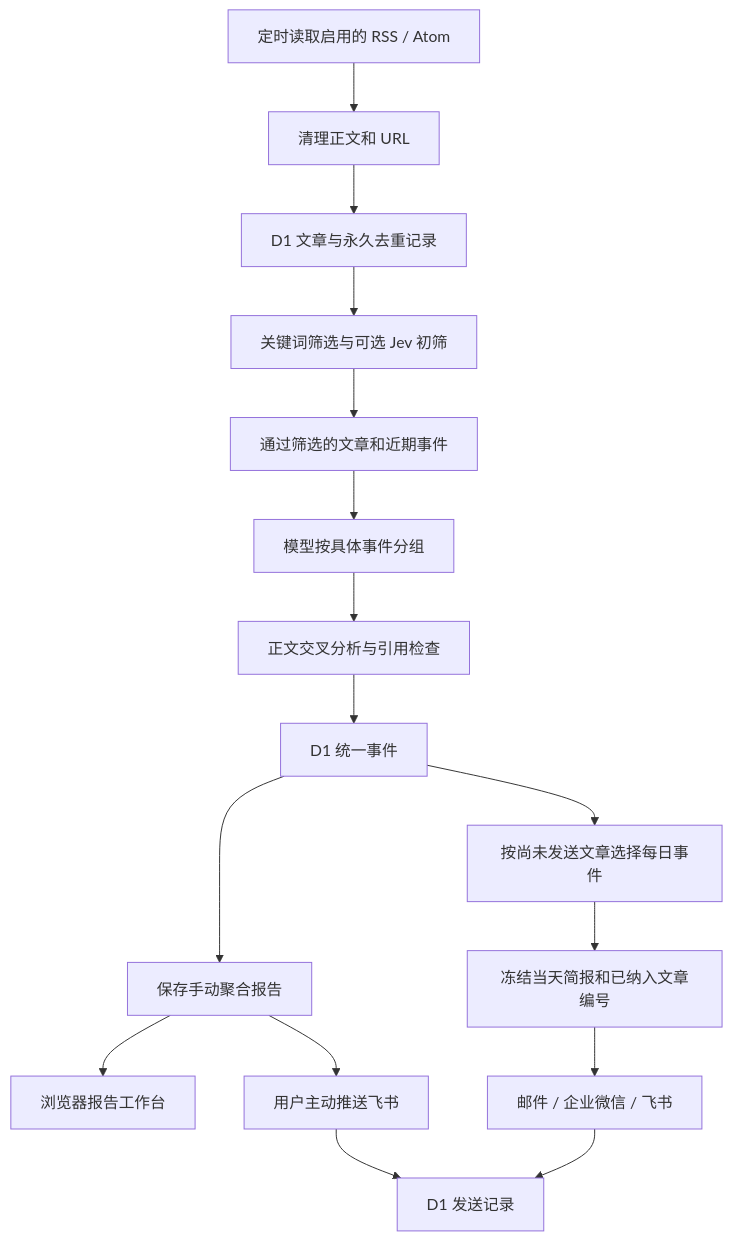
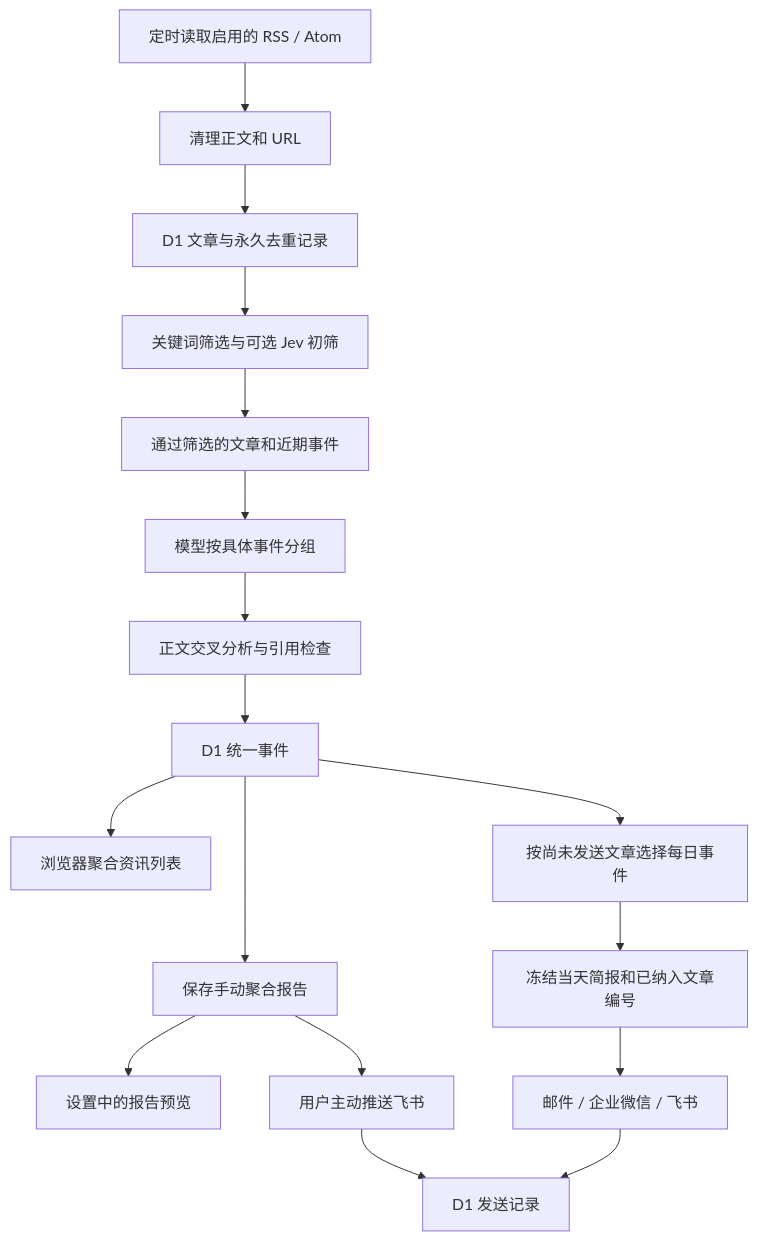
The diagram in ARCHITECTURE.md (sulik0/lingxi-tech-reader), drawn with Mermaid before and after one commit. The commit also changed other lines of this file and 22 other files, not shown here.

````diff
--- a/ARCHITECTURE.md
+++ b/ARCHITECTURE.md
@@ -27,18 +29,19 @@
 ```mermaid
 flowchart TD
   A[定时读取启用的 RSS / Atom] --> B[清理正文和 URL]
   B --> C[D1 文章与永久去重记录]
   C --> P[关键词筛选与可选 Jev 初筛]
   P --> D[通过筛选的文章和近期事件]
   D --> E[模型按具体事件分组]
   E --> F[正文交叉分析与引用检查]
   F --> G[D1 统一事件]
   G --> H[保存手动聚合报告]
-  H --> M[浏览器报告工作台]
+  G --> M[浏览器聚合资讯列表]
+  H --> R[设置中的报告预览]
   H --> N[用户主动推送飞书]
   N --> L
   G --> I[按尚未发送文章选择每日事件]
   I --> J[冻结当天简报和已纳入文章编号]
   J --> K[邮件 / 企业微信 / 飞书]
   K --> L[D1 发送记录]
 ```
````
